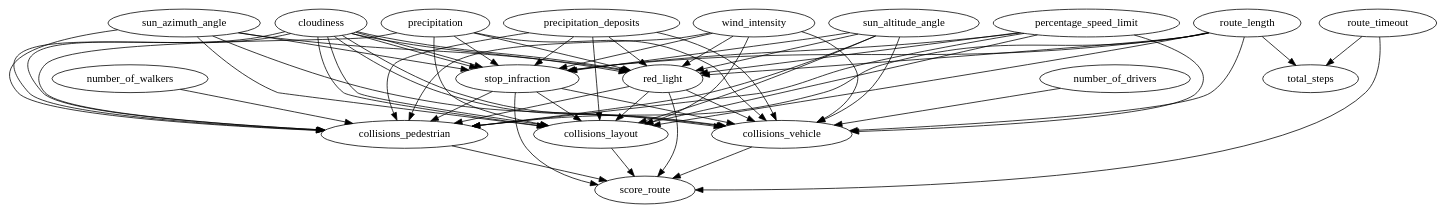
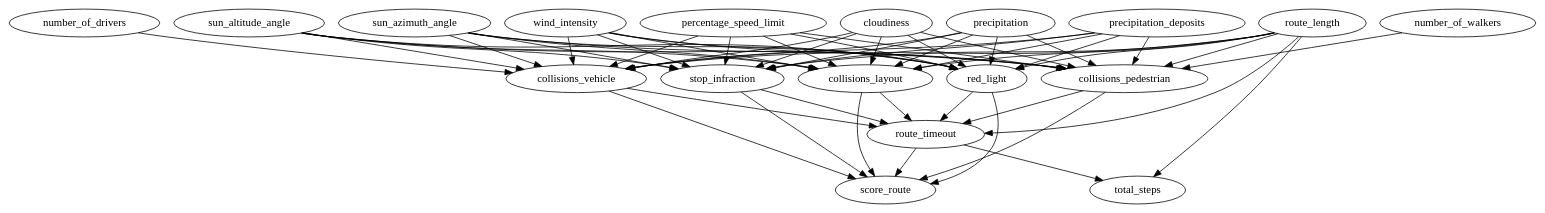
The diagram in dags/simple.dot (CITCOM-project/TCP), drawn with Graphviz before and after one commit. The commit also changed 5 other files, not shown here.

```diff
--- a/dags/simple.dot
+++ b/dags/simple.dot
@@ -1,97 +1,93 @@
 digraph simple {
   /* INPUTS */
   cloudiness [type="input", datatype=float];
   number_of_drivers [type="input", datatype=int];
   number_of_walkers [type="input", datatype=int];
   precipitation [type="input", datatype=float];
   precipitation_deposits [type="input", datatype=float];
   sun_altitude_angle [type="input", datatype=float];
   sun_azimuth_angle [type="input", datatype=float];
   wind_intensity [type="input", datatype=float];
   percentage_speed_limit [type="input", datatype=float];
 
   /* OUTPUTS */
   collisions_layout [type="output", datatype=int];
   collisions_pedestrian [type="output", datatype=int];
   collisions_vehicle [type="output", datatype=int];
   red_light [type="output", datatype=int];
   route_length [type="output", datatype=float];
   route_timeout [type="output", datatype=float];
   score_route [type="output", datatype=score_route];
   stop_infraction [type="output", datatype=int];
   total_steps [type="output", datatype=int];
 
+  cloudiness -> collisions_layout;
+  cloudiness -> collisions_pedestrian;
+  cloudiness -> collisions_vehicle;
+  cloudiness -> red_light;
+  cloudiness -> stop_infraction;
+
+  collisions_layout -> route_timeout;
   collisions_layout -> score_route;
+
+  collisions_pedestrian -> route_timeout;
   collisions_pedestrian -> score_route;
+
+  collisions_vehicle -> route_timeout;
   collisions_vehicle -> score_route;
-  red_light -> score_route;
-  stop_infraction -> score_route;
 
-  stop_infraction -> collisions_layout;
-  stop_infraction -> collisions_pedestrian;
-  stop_infraction -> collisions_vehicle;
-
-  red_light -> collisions_layout;
-  red_light -> collisions_pedestrian;
-  red_light -> collisions_vehicle;
+  number_of_drivers -> collisions_vehicle;
+  number_of_walkers -> collisions_pedestrian;
 
   percentage_speed_limit -> collisions_layout;
   percentage_speed_limit -> collisions_pedestrian;
   percentage_speed_limit -> collisions_vehicle;
+  percentage_speed_limit -> red_light;
   percentage_speed_limit -> stop_infraction;
-  percentage_speed_limit -> red_light;
+
+  precipitation -> collisions_layout;
+  precipitation -> collisions_pedestrian;
+  precipitation -> collisions_vehicle;
+  precipitation -> red_light;
+  precipitation -> stop_infraction;
+
+  precipitation_deposits -> collisions_layout;
+  precipitation_deposits -> collisions_pedestrian;
+  precipitation_deposits -> collisions_vehicle;
+  precipitation_deposits -> red_light;
+  precipitation_deposits -> stop_infraction;
+
+  red_light -> route_timeout;
+  red_light -> score_route;
 
   route_length -> collisions_layout;
   route_length -> collisions_pedestrian;
   route_length -> collisions_vehicle;
+  route_length -> red_light;
+  route_length -> route_timeout;
   route_length -> stop_infraction;
-  route_length -> red_light;
+  route_length -> total_steps;
 
-  number_of_walkers -> collisions_pedestrian;
-  number_of_drivers -> collisions_vehicle;
+  route_timeout -> score_route;
+  route_timeout -> total_steps;
 
-  cloudiness -> collisions_layout;
-  cloudiness -> collisions_pedestrian;
-  cloudiness -> collisions_vehicle;
-  cloudiness -> stop_infraction;
-  cloudiness -> red_light;
-
-  precipitation -> collisions_layout;
-  precipitation -> collisions_pedestrian;
-  precipitation -> collisions_vehicle;
-  precipitation -> stop_infraction;
-  precipitation -> red_light;
-
-  precipitation_deposits -> collisions_layout;
-  precipitation_deposits -> collisions_pedestrian;
-  precipitation_deposits -> collisions_vehicle;
-  precipitation_deposits -> stop_infraction;
-  precipitation_deposits -> red_light;
-
-  cloudiness -> collisions_layout;
-  cloudiness -> collisions_pedestrian;
-  cloudiness -> collisions_vehicle;
-  cloudiness -> stop_infraction;
-  cloudiness -> red_light;
+  stop_infraction -> route_timeout;
+  stop_infraction -> score_route;
 
   sun_altitude_angle -> collisions_layout;
   sun_altitude_angle -> collisions_pedestrian;
   sun_altitude_angle -> collisions_vehicle;
+  sun_altitude_angle -> red_light;
   sun_altitude_angle -> stop_infraction;
-  sun_altitude_angle -> red_light;
 
   sun_azimuth_angle -> collisions_layout;
   sun_azimuth_angle -> collisions_pedestrian;
   sun_azimuth_angle -> collisions_vehicle;
+  sun_azimuth_angle -> red_light;
   sun_azimuth_angle -> stop_infraction;
-  sun_azimuth_angle -> red_light;
 
   wind_intensity -> collisions_layout;
   wind_intensity -> collisions_pedestrian;
   wind_intensity -> collisions_vehicle;
-  wind_intensity -> stop_infraction;
   wind_intensity -> red_light;
-
-  route_timeout -> score_route;
-  route_timeout -> total_steps;
-  route_length -> total_steps;}
+  wind_intensity -> stop_infraction;}
```
